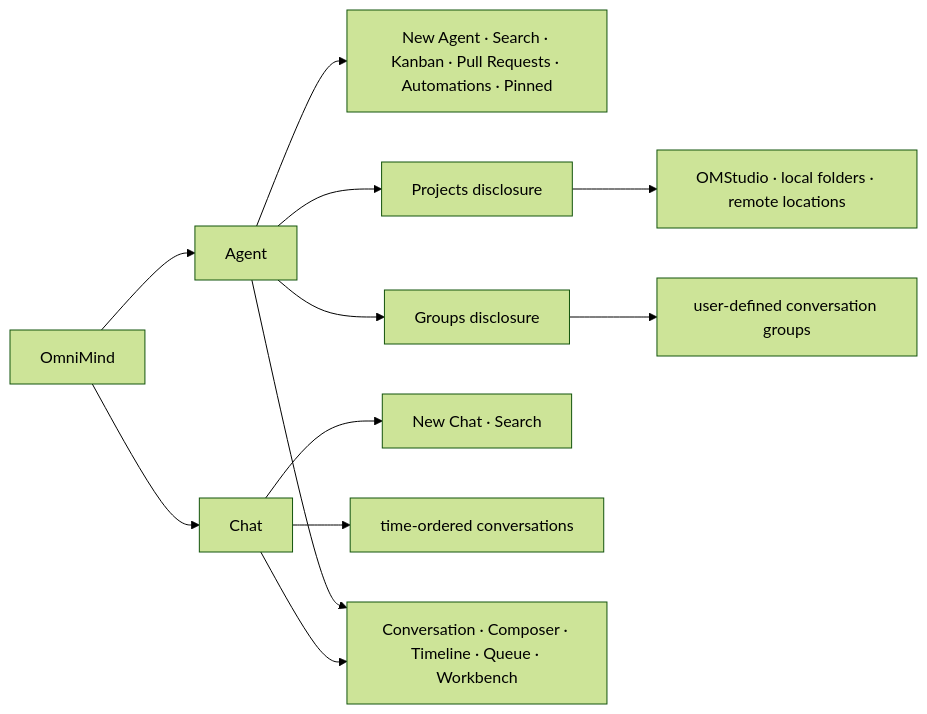
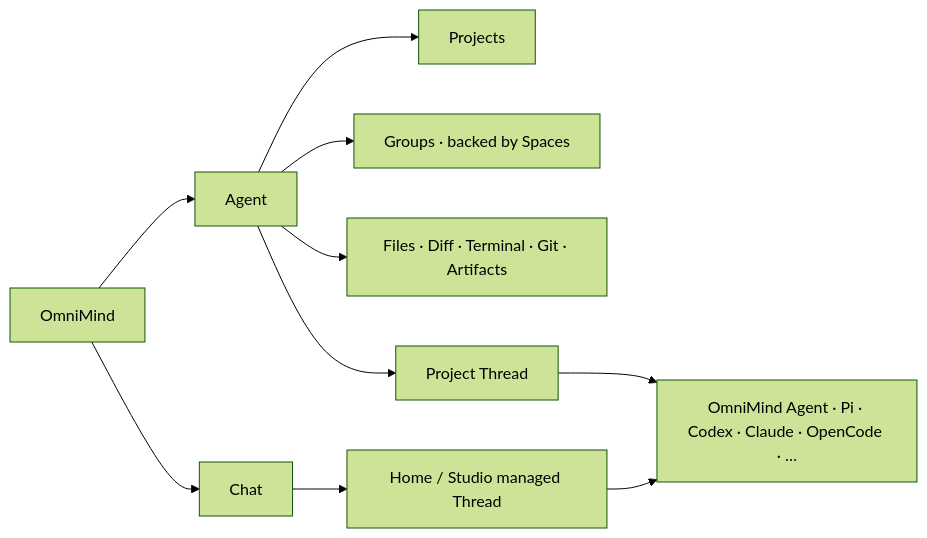
The diagram in architecture/workbench.md (piai-lab/Haros), drawn with Mermaid (forest theme) before and after one commit. The commit also changed other lines of this file and 14 other files, not shown here.

Commit message:
docs: reset OmniMind V1 execution authority

````diff
--- a/architecture/workbench.md
+++ b/architecture/workbench.md
@@ -17,17 +22,12 @@
 ```mermaid
 flowchart LR
     Root["OmniMind"] --> Agent["Agent"]
     Root --> Chat["Chat"]
-
-    Agent --> AgentActions["New Agent · Search · Kanban · Pull Requests · Automations · Pinned"]
-    Agent --> Projects["Projects disclosure"]
-    Agent --> Groups["Groups disclosure"]
-    Projects --> Locations["OMStudio · local folders · remote locations"]
-    Groups --> Topics["user-defined conversation groups"]
-
-    Chat --> ChatActions["New Chat · Search"]
-    Chat --> Recents["time-ordered conversations"]
-
-    Agent --> Shared["Conversation · Composer · Timeline · Queue · Workbench"]
-    Chat --> Shared
+    Agent --> Projects["Projects"]
+    Agent --> Groups["Groups · backed by Spaces"]
+    Agent --> Workbench["Files · Diff · Terminal · Git · Artifacts"]
+    Agent --> Thread["Project Thread"]
+    Chat --> Studio["Home / Studio managed Thread"]
+    Thread --> Providers["OmniMind Agent · Pi · Codex · Claude · OpenCode · …"]
+    Studio --> Providers
 ```
````
